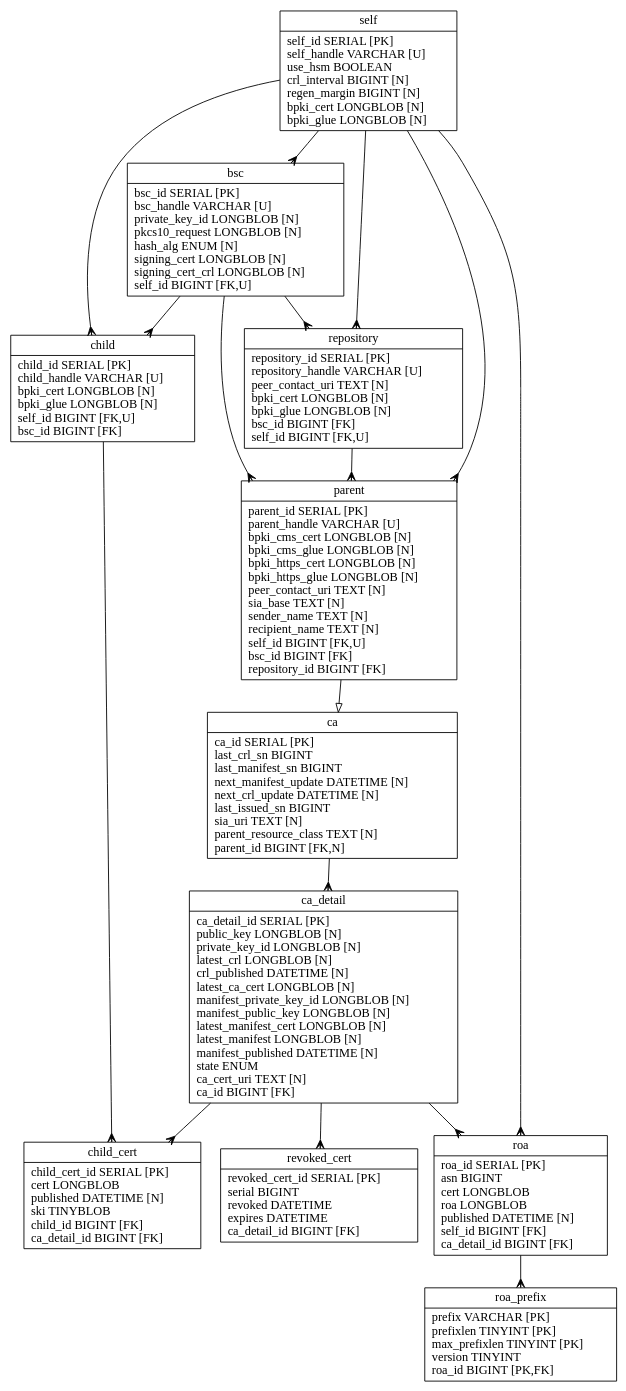
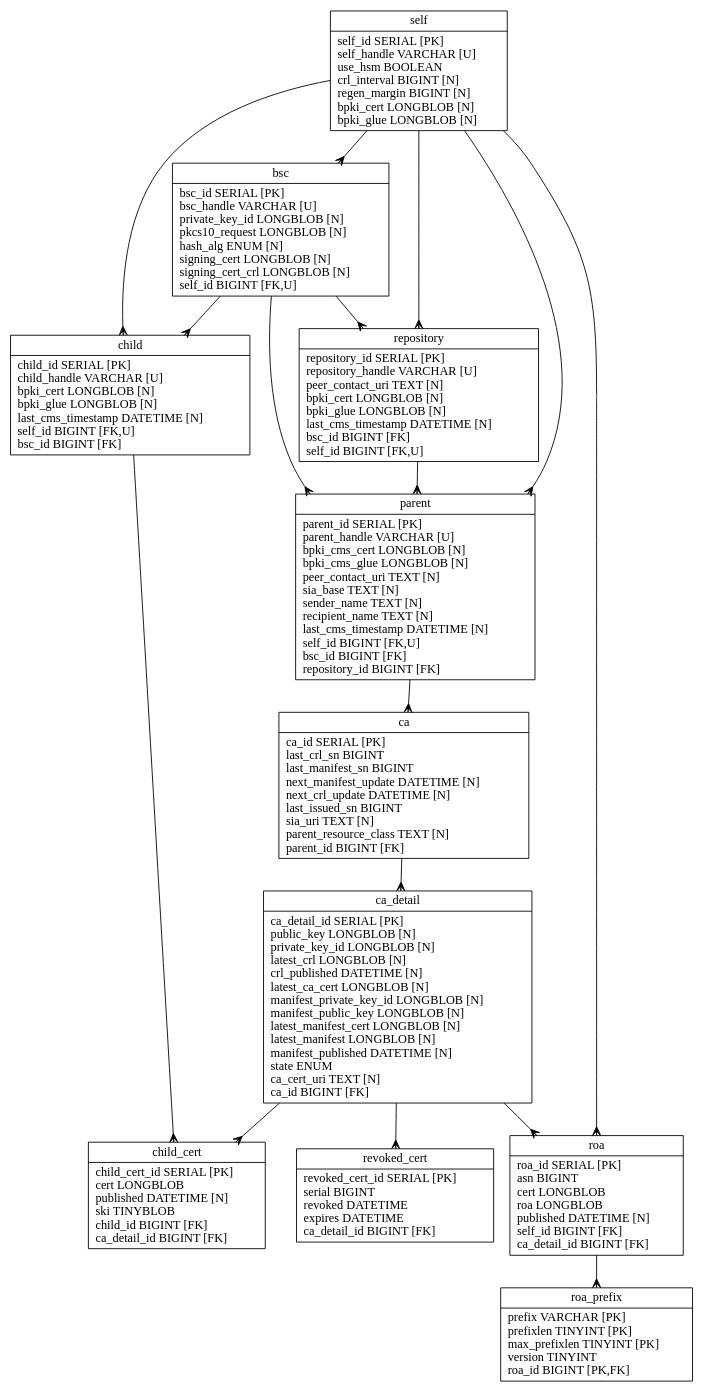
Before and after one commit to dragonresearch/rpki.net: the diagram in rpkid.without_tls/doc/rpkid.dot, drawn with Graphviz. The commit also changed 17 other files, not shown here.

```diff
--- a/rpkid.without_tls/doc/rpkid.dot
+++ b/rpkid.without_tls/doc/rpkid.dot
@@ -1,34 +1,34 @@
 // Automatically generated from rpkid.sql
 
 digraph test {
 	edge [arrowtail=none, arrowhead=crow];
 	graph [ratio=fill, overlap=false];
 	node [label="\N", fillcolor=white, shape=record, style=filled];
 	node1 [label="{self\n|self_id\ SERIAL\ [PK]\lself_handle\ VARCHAR\ [U]\luse_hsm\ BOOLEAN\lcrl_interval\ BIGINT\ [N]\lregen_margin\ BIGINT\ [N]\lbpki_cert\ LONGBLOB\ [N]\lbpki_glue\ LONGBLOB\ [N]\l}"];
 	node2 [label="{bsc\n|bsc_id\ SERIAL\ [PK]\lbsc_handle\ VARCHAR\ [U]\lprivate_key_id\ LONGBLOB\ [N]\lpkcs10_request\ LONGBLOB\ [N]\lhash_alg\ ENUM\ [N]\lsigning_cert\ LONGBLOB\ [N]\lsigning_cert_crl\ LONGBLOB\ [N]\lself_id\ BIGINT\ [FK,U]\l}"];
-	node3 [label="{repository\n|repository_id\ SERIAL\ [PK]\lrepository_handle\ VARCHAR\ [U]\lpeer_contact_uri\ TEXT\ [N]\lbpki_cert\ LONGBLOB\ [N]\lbpki_glue\ LONGBLOB\ [N]\lbsc_id\ BIGINT\ [FK]\lself_id\ BIGINT\ [FK,U]\l}"];
-	node4 [label="{parent\n|parent_id\ SERIAL\ [PK]\lparent_handle\ VARCHAR\ [U]\lbpki_cms_cert\ LONGBLOB\ [N]\lbpki_cms_glue\ LONGBLOB\ [N]\lbpki_https_cert\ LONGBLOB\ [N]\lbpki_https_glue\ LONGBLOB\ [N]\lpeer_contact_uri\ TEXT\ [N]\lsia_base\ TEXT\ [N]\lsender_name\ TEXT\ [N]\lrecipient_name\ TEXT\ [N]\lself_id\ BIGINT\ [FK,U]\lbsc_id\ BIGINT\ [FK]\lrepository_id\ BIGINT\ [FK]\l}"];
-	node5 [label="{ca\n|ca_id\ SERIAL\ [PK]\llast_crl_sn\ BIGINT\llast_manifest_sn\ BIGINT\lnext_manifest_update\ DATETIME\ [N]\lnext_crl_update\ DATETIME\ [N]\llast_issued_sn\ BIGINT\lsia_uri\ TEXT\ [N]\lparent_resource_class\ TEXT\ [N]\lparent_id\ BIGINT\ [FK,N]\l}"];
+	node3 [label="{repository\n|repository_id\ SERIAL\ [PK]\lrepository_handle\ VARCHAR\ [U]\lpeer_contact_uri\ TEXT\ [N]\lbpki_cert\ LONGBLOB\ [N]\lbpki_glue\ LONGBLOB\ [N]\llast_cms_timestamp\ DATETIME\ [N]\lbsc_id\ BIGINT\ [FK]\lself_id\ BIGINT\ [FK,U]\l}"];
+	node4 [label="{parent\n|parent_id\ SERIAL\ [PK]\lparent_handle\ VARCHAR\ [U]\lbpki_cms_cert\ LONGBLOB\ [N]\lbpki_cms_glue\ LONGBLOB\ [N]\lpeer_contact_uri\ TEXT\ [N]\lsia_base\ TEXT\ [N]\lsender_name\ TEXT\ [N]\lrecipient_name\ TEXT\ [N]\llast_cms_timestamp\ DATETIME\ [N]\lself_id\ BIGINT\ [FK,U]\lbsc_id\ BIGINT\ [FK]\lrepository_id\ BIGINT\ [FK]\l}"];
+	node5 [label="{ca\n|ca_id\ SERIAL\ [PK]\llast_crl_sn\ BIGINT\llast_manifest_sn\ BIGINT\lnext_manifest_update\ DATETIME\ [N]\lnext_crl_update\ DATETIME\ [N]\llast_issued_sn\ BIGINT\lsia_uri\ TEXT\ [N]\lparent_resource_class\ TEXT\ [N]\lparent_id\ BIGINT\ [FK]\l}"];
 	node6 [label="{ca_detail\n|ca_detail_id\ SERIAL\ [PK]\lpublic_key\ LONGBLOB\ [N]\lprivate_key_id\ LONGBLOB\ [N]\llatest_crl\ LONGBLOB\ [N]\lcrl_published\ DATETIME\ [N]\llatest_ca_cert\ LONGBLOB\ [N]\lmanifest_private_key_id\ LONGBLOB\ [N]\lmanifest_public_key\ LONGBLOB\ [N]\llatest_manifest_cert\ LONGBLOB\ [N]\llatest_manifest\ LONGBLOB\ [N]\lmanifest_published\ DATETIME\ [N]\lstate\ ENUM\lca_cert_uri\ TEXT\ [N]\lca_id\ BIGINT\ [FK]\l}"];
-	node7 [label="{child\n|child_id\ SERIAL\ [PK]\lchild_handle\ VARCHAR\ [U]\lbpki_cert\ LONGBLOB\ [N]\lbpki_glue\ LONGBLOB\ [N]\lself_id\ BIGINT\ [FK,U]\lbsc_id\ BIGINT\ [FK]\l}"];
+	node7 [label="{child\n|child_id\ SERIAL\ [PK]\lchild_handle\ VARCHAR\ [U]\lbpki_cert\ LONGBLOB\ [N]\lbpki_glue\ LONGBLOB\ [N]\llast_cms_timestamp\ DATETIME\ [N]\lself_id\ BIGINT\ [FK,U]\lbsc_id\ BIGINT\ [FK]\l}"];
 	node8 [label="{child_cert\n|child_cert_id\ SERIAL\ [PK]\lcert\ LONGBLOB\lpublished\ DATETIME\ [N]\lski\ TINYBLOB\lchild_id\ BIGINT\ [FK]\lca_detail_id\ BIGINT\ [FK]\l}"];
 	node9 [label="{revoked_cert\n|revoked_cert_id\ SERIAL\ [PK]\lserial\ BIGINT\lrevoked\ DATETIME\lexpires\ DATETIME\lca_detail_id\ BIGINT\ [FK]\l}"];
 	node10 [label="{roa\n|roa_id\ SERIAL\ [PK]\lasn\ BIGINT\lcert\ LONGBLOB\lroa\ LONGBLOB\lpublished\ DATETIME\ [N]\lself_id\ BIGINT\ [FK]\lca_detail_id\ BIGINT\ [FK]\l}"];
 	node11 [label="{roa_prefix\n|prefix\ VARCHAR\ [PK]\lprefixlen\ TINYINT\ [PK]\lmax_prefixlen\ TINYINT\ [PK]\lversion\ TINYINT\lroa_id\ BIGINT\ [PK,FK]\l}"];
 	node2 -> node7 [arrowtail=none, arrowhead=crow];
 	node2 -> node4 [arrowtail=none, arrowhead=crow];
 	node2 -> node3 [arrowtail=none, arrowhead=crow];
 	node5 -> node6 [arrowtail=none, arrowhead=crow];
 	node6 -> node8 [arrowtail=none, arrowhead=crow];
 	node6 -> node9 [arrowtail=none, arrowhead=crow];
 	node6 -> node10 [arrowtail=none, arrowhead=crow];
 	node7 -> node8 [arrowtail=none, arrowhead=crow];
-	node4 -> node5 [arrowhead=empty];
+	node4 -> node5 [arrowtail=none, arrowhead=crow];
 	node3 -> node4 [arrowtail=none, arrowhead=crow];
 	node10 -> node11 [arrowtail=none, arrowhead=crow];
 	node1 -> node2 [arrowtail=none, arrowhead=crow];
 	node1 -> node7 [arrowtail=none, arrowhead=crow];
 	node1 -> node4 [arrowtail=none, arrowhead=crow];
 	node1 -> node3 [arrowtail=none, arrowhead=crow];
 	node1 -> node10 [arrowtail=none, arrowhead=crow];
 }
```
